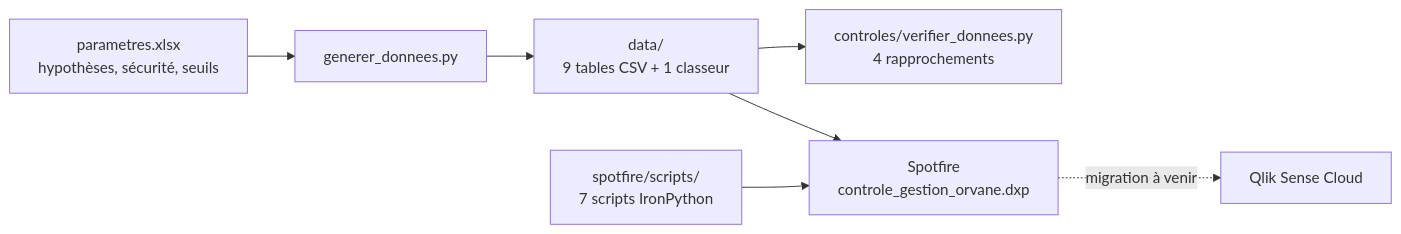
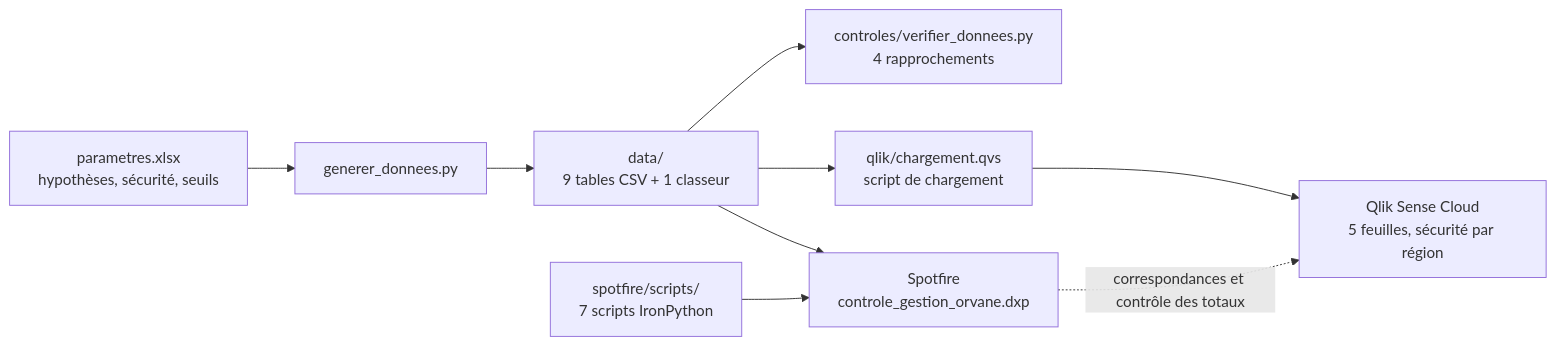
One commit to cnanaj-wq/migration-spotfire-qlik-sense changed the first of 2 diagrams in README.md. Above: the diagram before and after it, drawn with Mermaid. The commit also changed other lines of this file and 50 other files, not shown here.

First line of the commit message:
Qlik : cinq feuilles générées par script, sécurité par région, captures et README

````diff
--- a/README.md
+++ b/README.md
@@ -125,9 +166,11 @@
 ```mermaid
 flowchart LR
   P[parametres.xlsx<br/>hypothèses, sécurité, seuils] --> G[generer_donnees.py]
   G --> D[data/<br/>9 tables CSV + 1 classeur]
   D --> C[controles/verifier_donnees.py<br/>4 rapprochements]
   D --> S[Spotfire<br/>controle_gestion_orvane.dxp]
   I[spotfire/scripts/<br/>7 scripts IronPython] --> S
-  S -. migration à venir .-> Q[Qlik Sense Cloud]
+  D --> L[qlik/chargement.qvs<br/>script de chargement]
+  L --> Q[Qlik Sense Cloud<br/>5 feuilles, sécurité par région]
+  S -. correspondances et contrôle des totaux .-> Q
 ```
````
